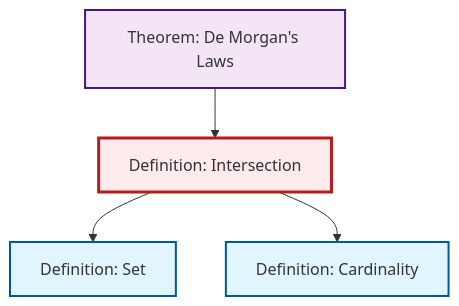
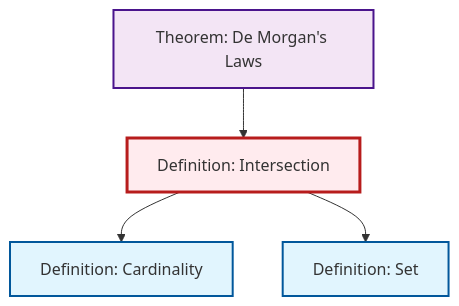
One commit to RK0429/ModernMath changed the diagram in output/mermaid/def-intersection.mermaid. Above: the diagram before and after it, drawn with Mermaid. The commit also changed other lines of this file and 597 other files, not shown here.

```diff
--- a/output/mermaid/def-intersection.mermaid
+++ b/output/mermaid/def-intersection.mermaid
@@ -1,15 +1,15 @@
 %%| fig-cap: "Local dependency graph"
 graph TD
     classDef definition fill:#e1f5fe,stroke:#01579b,stroke-width:2px
     classDef theorem fill:#f3e5f5,stroke:#4a148c,stroke-width:2px
     classDef axiom fill:#fff3e0,stroke:#e65100,stroke-width:2px
     classDef example fill:#e8f5e9,stroke:#1b5e20,stroke-width:2px
     classDef current fill:#ffebee,stroke:#b71c1c,stroke-width:3px
-    thm-de-morgan["Theorem: De Morgan's Laws"]:::theorem
     def-cardinality["Definition: Cardinality"]:::definition
     def-set["Definition: Set"]:::definition
+    thm-de-morgan["Theorem: De Morgan's Laws"]:::theorem
     def-intersection["Definition: Intersection"]:::definition
+    thm-de-morgan --> def-intersection
+    def-intersection --> def-cardinality
     def-intersection --> def-set
-    def-intersection --> def-cardinality
-    thm-de-morgan --> def-intersection
     class def-intersection current
```
